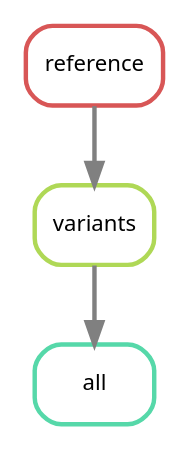
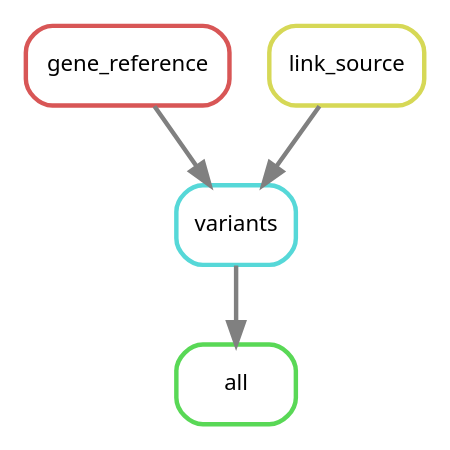
One commit to lumc-pgx/variant-calling changed the diagram in README.md. Above: the diagram before and after it, drawn with PlantUML.

Commit message:
updated dag

````diff
--- a/README.md
+++ b/README.md
@@ -14,12 +14,41 @@
 ```plantuml
 digraph snakemake_dag {
-    graph[bgcolor=white, margin=0];
-    node[shape=box, style=rounded, fontname=sans,                 fontsize=10, penwidth=2];
-    edge[penwidth=2, color=grey];
-	0[label = "variants", color = "0.22 0.6 0.85", style="rounded"];
-	1[label = "all", color = "0.44 0.6 0.85", style="rounded"];
-	2[label = "reference", color = "0.00 0.6 0.85", style="rounded"];
-	2 -> 0
-	0 -> 1
+	graph [bb="0,0,180,180",
+		bgcolor=white,
+		margin=0
+	];
+	node [fontname=sans,
+		fontsize=10,
+		label="\N",
+		penwidth=2,
+		shape=box,
+		style=rounded
+	];
+	edge [color=grey,
+		penwidth=2
+	];
+	0	 [color="0.50 0.6 0.85",
+		height=0.5,
+		label=variants,
+		pos="95,90",
+		width=0.75694];
+	3	 [color="0.33 0.6 0.85",
+		height=0.5,
+		label=all,
+		pos="95,18",
+		width=0.75];
+	0 -> 3	 [pos="e,95,36.104 95,71.697 95,63.983 95,54.712 95,46.112"];
+	1	 [color="0.00 0.6 0.85",
+		height=0.5,
+		label=gene_reference,
+		pos="46,162",
+		width=1.2778];
+	1 -> 0	 [pos="e,83.027,108.1 58.112,143.7 63.868,135.47 70.862,125.48 77.206,116.42"];
+	2	 [color="0.17 0.6 0.85",
+		height=0.5,
+		label=link_source,
+		pos="145,162",
+		width=0.97222];
+	2 -> 0	 [pos="e,107.22,108.1 132.64,143.7 126.77,135.47 119.63,125.48 113.16,116.42"];
 }
 ```
````
